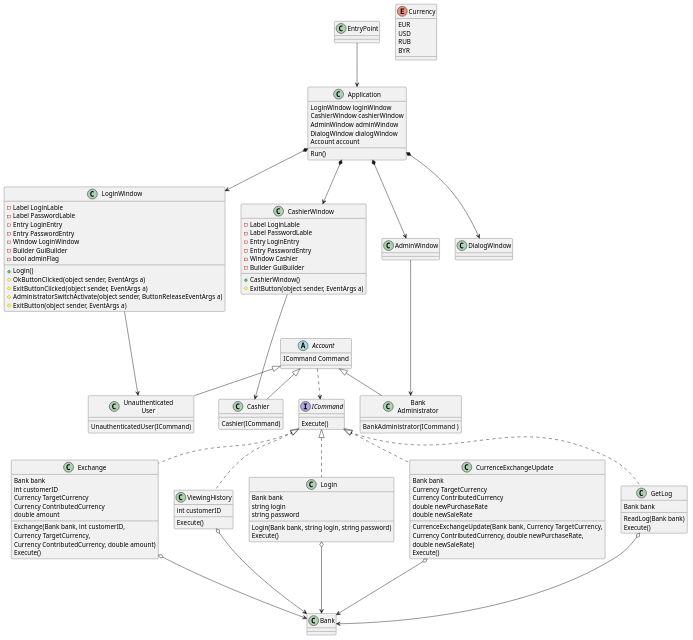
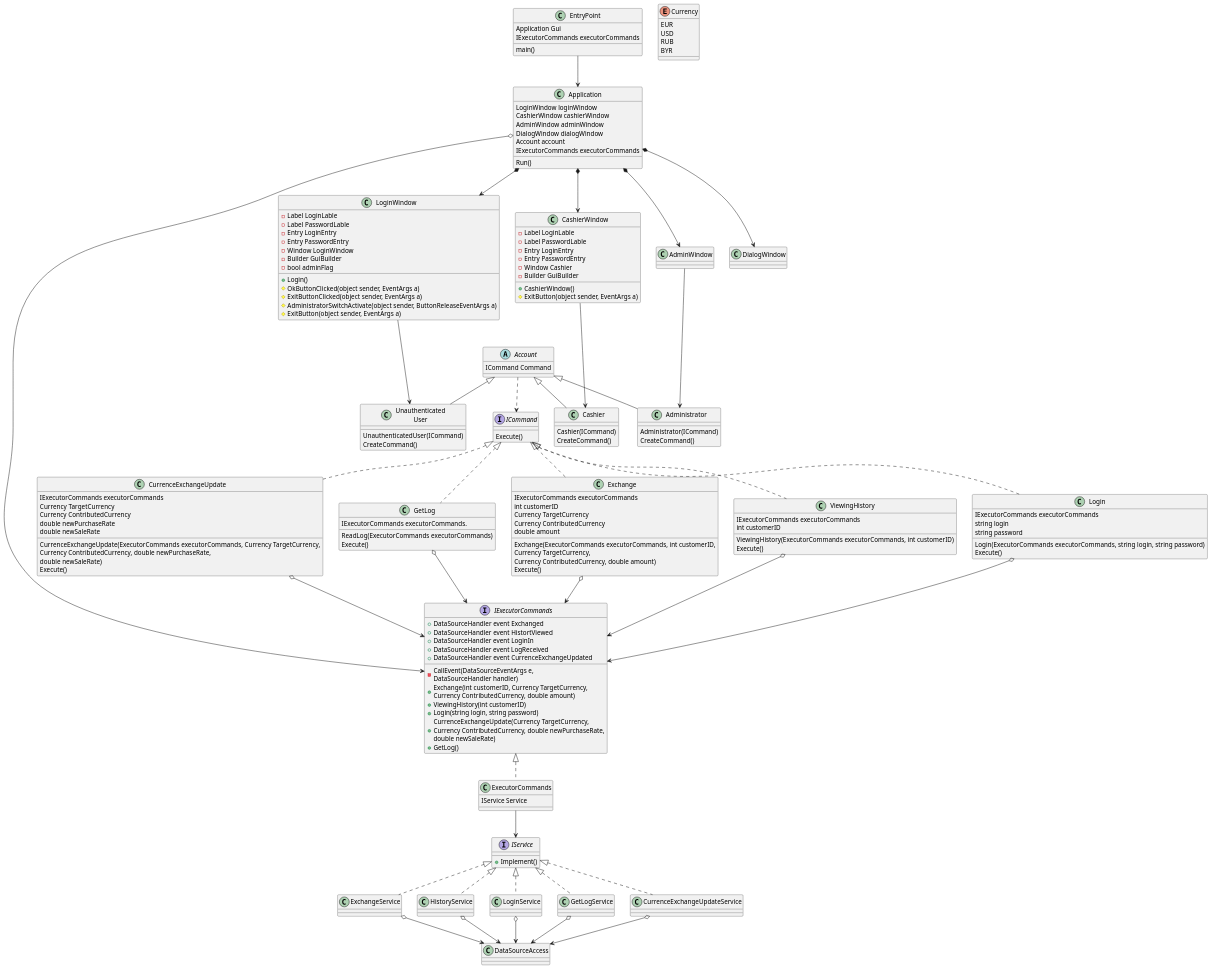
Before and after one commit to DanilaKe/ExchangeOfficeApplication: the diagram in ExchangeOfficeApplication/UML/ClassDiagram.puml, drawn with PlantUML. The commit also changed other lines of this file, not shown here.

Commit message:
class diagram.

```diff
--- a/ExchangeOfficeApplication/UML/ClassDiagram.puml
+++ b/ExchangeOfficeApplication/UML/ClassDiagram.puml
@@ -2,20 +2,28 @@
 abstract class Account
 class Unauthenticated\nUser
 class Cashier
-class Bank\nAdministrator
+class Administrator
 class Exchange
 class ViewingHistory
 class Login
 class CurrenceExchangeUpdate
 class GetLog
-class Bank
+class ExecutorCommands
 class EntryPoint
 class Application
 class LoginWindow
 class CashierWindow
 class AdminWindow
 class DialogWindow
+class ExchangeService
+class HistoryService
+class LoginService
+class GetLogService
+class CurrenceExchangeUpdateService
+class DataSourceAccess
 interface ICommand
+interface IService
+interface IExecutorCommands
 
 enum Currency 
 {
@@ -25,6 +33,14 @@
     BYR
 }
 
+class EntryPoint
+{
+    Application Gui
+    IExecutorCommands executorCommands
+    
+    main()
+}
+
 interface ICommand
 {
     Execute()
@@ -32,50 +48,52 @@
 
 class ViewingHistory
 {
+    IExecutorCommands executorCommands
     int customerID
     
+    ViewingHistory(ExecutorCommands executorCommands, int customerID)
     Execute()
 }
 
 class Exchange
 {
-    Bank bank
+    IExecutorCommands executorCommands
     int customerID
     Currency TargetCurrency
     Currency ContributedCurrency
     double amount
     
-    Exchange(Bank bank, int customerID,\nCurrency TargetCurrency,\nCurrency ContributedCurrency, double amount)
+    Exchange(ExecutorCommands executorCommands, int customerID,\nCurrency TargetCurrency,\nCurrency ContributedCurrency, double amount)
     Execute()
 }
 
 class GetLog
 {
-    Bank bank
+    IExecutorCommands executorCommands.
     
-    ReadLog(Bank bank)
+    ReadLog(ExecutorCommands executorCommands)
     Execute()
 }
 
 class CurrenceExchangeUpdate
 {
-    Bank bank
+    IExecutorCommands executorCommands
     Currency TargetCurrency
     Currency ContributedCurrency
     double newPurchaseRate
     double newSaleRate
     
-    CurrenceExchangeUpdate(Bank bank, Currency TargetCurrency,\nCurrency ContributedCurrency, double newPurchaseRate,\ndouble newSaleRate)
+    CurrenceExchangeUpdate(ExecutorCommands executorCommands, Currency TargetCurrency,\nCurrency ContributedCurrency, double newPurchaseRate,\ndouble newSaleRate)
     Execute()
 }
 
 class Login
 {
-    Bank bank
+    IExecutorCommands executorCommands
     string login
     string password
     
-    Login(Bank bank, string login, string password)
+    Login(ExecutorCommands executorCommands, string login, string password)
     Execute()
 }
 
@@ -91,22 +109,26 @@
     AdminWindow adminWindow
     DialogWindow dialogWindow
     Account account
+    IExecutorCommands executorCommands
     Run()
 }
 
 class Unauthenticated\nUser
 {
     UnauthenticatedUser(ICommand)
+    CreateCommand()
 }
 
 class Cashier
 {
     Cashier(ICommand)
+    CreateCommand()
 }
 
-class Bank\nAdministrator
+class Administrator
 {
-    BankAdministrator(ICommand  )
+    Administrator(ICommand)
+    CreateCommand()
 }
 
 class LoginWindow
@@ -128,22 +150,64 @@
 
 class CashierWindow
 {
-            -Label LoginLable
-            -Label PasswordLable
-            -Entry LoginEntry
-            -Entry PasswordEntry
-            -Window Cashier
-            -Builder GuiBuilder
-            
-            +CashierWindow()
-            #ExitButton(object sender, EventArgs a)
-}   
+    -Label LoginLable
+    -Label PasswordLable
+    -Entry LoginEntry
+    -Entry PasswordEntry
+    -Window Cashier
+    -Builder GuiBuilder
+    
+    +CashierWindow()
+    #ExitButton(object sender, EventArgs a)
+}
+
+interface IService
+{
+    +Implement()
+}
+
+class ExecutorCommands
+{
+    IService Service
+}
+
+interface IExecutorCommands
+{
+    +DataSourceHandler event Exchanged
+    +DataSourceHandler event HistortViewed
+    +DataSourceHandler event LoginIn
+    +DataSourceHandler event LogReceived
+    +DataSourceHandler event CurrenceExchangeUpdated
+    
+    -CallEvent(DataSourceEventArgs e,\nDataSourceHandler handler)
+    +Exchange(int customerID, Currency TargetCurrency,\nCurrency ContributedCurrency, double amount)
+    +ViewingHistory(int customerID)
+    +Login(string login, string password)
+    +CurrenceExchangeUpdate(Currency TargetCurrency,\nCurrency ContributedCurrency, double newPurchaseRate,\ndouble newSaleRate)
+    +GetLog()
+}
+
+IExecutorCommands <|.. ExecutorCommands
+
+ExecutorCommands --> IService
 
 Account ..> ICommand
 
+IService <|.. ExchangeService
+IService <|.. HistoryService
+IService <|.. LoginService
+IService <|.. GetLogService
+IService <|.. CurrenceExchangeUpdateService
+
+ExchangeService o--> DataSourceAccess
+HistoryService o--> DataSourceAccess
+LoginService o--> DataSourceAccess
+GetLogService o--> DataSourceAccess
+CurrenceExchangeUpdateService o--> DataSourceAccess
+
 Account <|-- Unauthenticated\nUser
 Account <|-- Cashier
-Account <|-- Bank\nAdministrator
+Account <|-- Administrator
 
 ICommand <|.. Login
 ICommand <|.. CurrenceExchangeUpdate
@@ -151,13 +215,14 @@
 ICommand <|.. Exchange
 ICommand <|.. ViewingHistory
 
-Login o---> Bank
-CurrenceExchangeUpdate o---> Bank
-GetLog o---> Bank
-Exchange o---> Bank
-ViewingHistory o---> Bank
+Login o--> IExecutorCommands
+CurrenceExchangeUpdate o--> IExecutorCommands
+GetLog o--> IExecutorCommands
+Exchange o--> IExecutorCommands
+ViewingHistory o--> IExecutorCommands
 
 EntryPoint --> Application
+Application o-> IExecutorCommands
 Application *--> LoginWindow 
 Application *--> AdminWindow
 Application *--> DialogWindow
@@ -165,6 +230,6 @@
 
 CashierWindow ---> Cashier 
 LoginWindow ---> Unauthenticated\nUser
-AdminWindow ---> Bank\nAdministrator
+AdminWindow ---> Administrator
 
 @enduml
```
